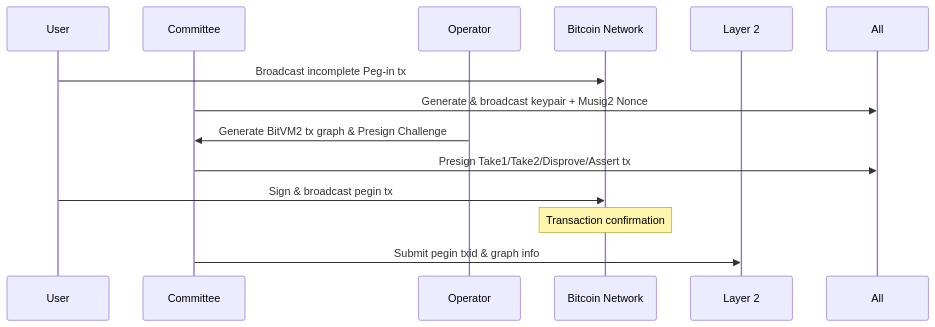
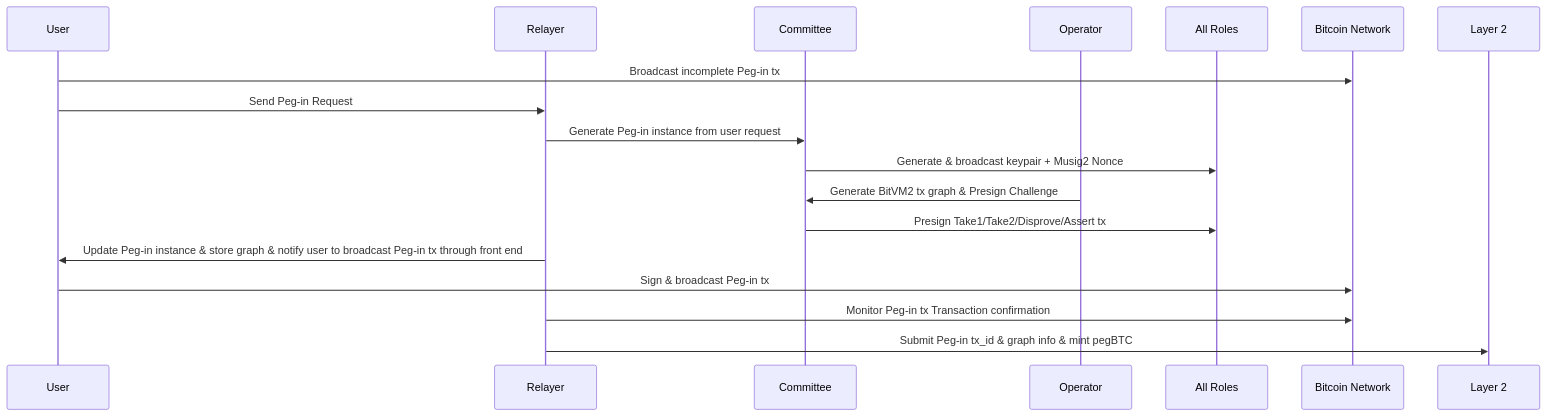
One commit to jackDev221/bitvm2-node changed the first of 4 diagrams in README.md. Above: the diagram before and after it, drawn with Mermaid. The commit also changed other lines of this file, not shown here.

````diff
--- a/README.md
+++ b/README.md
@@ -25,16 +28,21 @@
 ```mermaid
 sequenceDiagram
     participant U as User
+    participant R as Relayer
     participant F as Committee 
     participant O as Operator
+    participant A as All Roles
     participant B as Bitcoin Network
     participant L2 as Layer 2
 
     U->>B: Broadcast incomplete Peg-in tx
-    F->>All: Generate & broadcast keypair + Musig2 Nonce
+    U->>R: Send Peg-in Request
+    R->>F: Generate Peg-in instance from user request
+    F->>A: Generate & broadcast keypair + Musig2 Nonce
     O->>F: Generate BitVM2 tx graph & Presign Challenge 
-    F->>All: Presign Take1/Take2/Disprove/Assert tx
-    U->>B: Sign & broadcast pegin tx
-    Note over B: Transaction confirmation
-    F->>L2: Submit pegin txid & graph info
+    F->>A: Presign Take1/Take2/Disprove/Assert tx
+    R->>U: Update Peg-in instance & store graph & notify user to broadcast Peg-in tx  through front end
+    U->>B: Sign & broadcast  Peg-in tx
+    R->>B: Monitor Peg-in tx Transaction confirmation
+    R->>L2: Submit Peg-in tx_id & graph info & mint pegBTC
 ```
````
